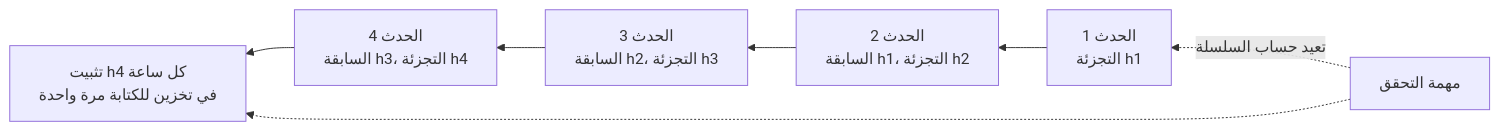
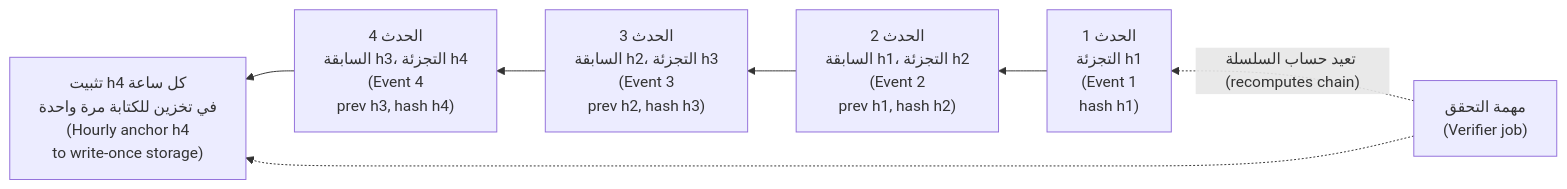
Before and after one commit to Tamoura/system-design-for-vibe-coders: the fifth of 7 diagrams in saas/modules/07-operations.ar.md, drawn with Mermaid. The commit also changed other lines of this file and 62 other files, not shown here.

First line of the commit message:
Arabic editions: English on every diagram label, RTL fixes, rebuild

````diff
--- a/saas/modules/07-operations.ar.md
+++ b/saas/modules/07-operations.ar.md
@@ -681,9 +681,9 @@
 ```mermaid
 flowchart RL
-  E1["الحدث 1<br/>التجزئة h1"] --> E2["الحدث 2<br/>السابقة h1، التجزئة h2"]
-  E2 --> E3["الحدث 3<br/>السابقة h2، التجزئة h3"]
-  E3 --> E4["الحدث 4<br/>السابقة h3، التجزئة h4"]
-  E4 --> Anchor["تثبيت h4 كل ساعة<br/>في تخزين للكتابة مرة واحدة"]
-  Verifier["مهمة التحقق"] -.->|"تعيد حساب السلسلة"| E1
+  E1["الحدث 1<br/>التجزئة h1<br/>(Event 1<br/>hash h1)"] --> E2["الحدث 2<br/>السابقة h1، التجزئة h2<br/>(Event 2<br/>prev h1, hash h2)"]
+  E2 --> E3["الحدث 3<br/>السابقة h2، التجزئة h3<br/>(Event 3<br/>prev h2, hash h3)"]
+  E3 --> E4["الحدث 4<br/>السابقة h3، التجزئة h4<br/>(Event 4<br/>prev h3, hash h4)"]
+  E4 --> Anchor["تثبيت h4 كل ساعة<br/>في تخزين للكتابة مرة واحدة<br/>(Hourly anchor h4<br/>to write-once storage)"]
+  Verifier["مهمة التحقق<br/>(Verifier job)"] -.->|"تعيد حساب السلسلة (recomputes chain)"| E1
   Verifier -.-> Anchor
 ```
````
